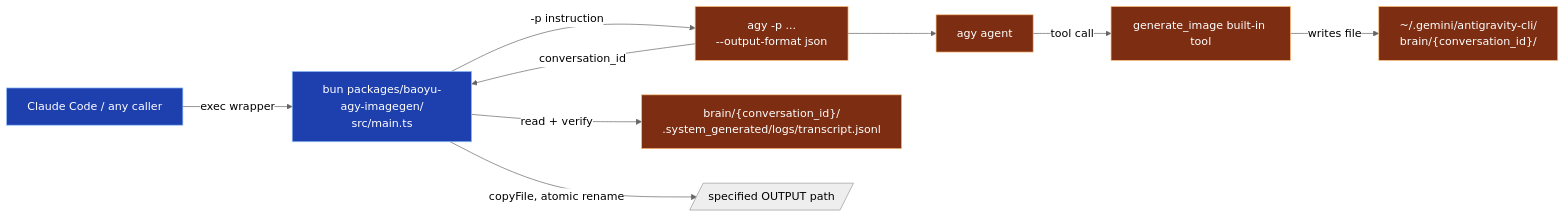
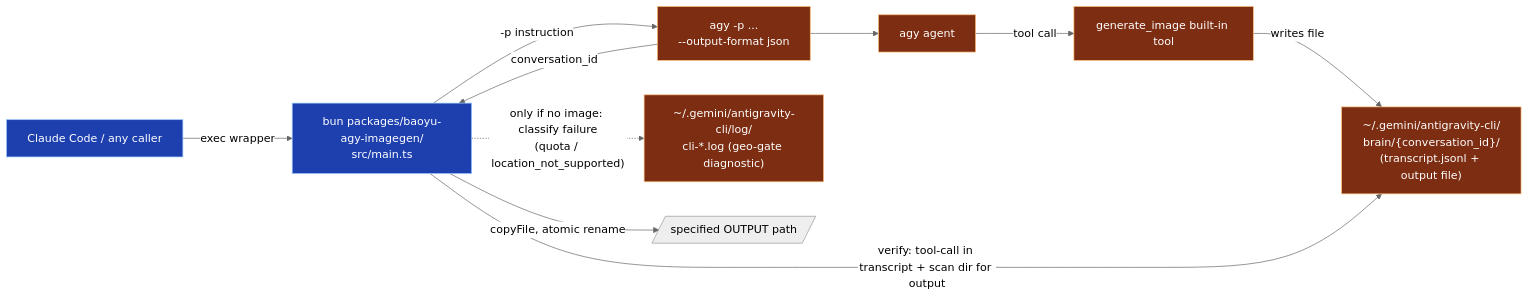
One commit to xasxcy/baoyu-skills changed the diagram in docs/agy-imagegen-backend.md. Above: the diagram before and after it, drawn with Mermaid (neutral theme). The commit also changed other lines of this file, not shown here.

First line of the commit message:
docs(baoyu-image-gen): document the egress geo gate and location_not_supported

````diff
--- a/docs/agy-imagegen-backend.md
+++ b/docs/agy-imagegen-backend.md
@@ -244,25 +261,26 @@
 ```mermaid
 flowchart LR
     CC[Claude Code / any caller]
     WRAPPER[bun packages/baoyu-agy-imagegen/<br/>src/main.ts]
     AGY["agy -p ...<br/>--output-format json"]
     AGENT[agy agent]
     TOOL[generate_image built-in tool]
-    DEFAULT["~/.gemini/antigravity-cli/<br/>brain/{conversation_id}/"]
-    TRANSCRIPT["brain/{conversation_id}/<br/>.system_generated/logs/transcript.jsonl"]
+    BRAIN["~/.gemini/antigravity-cli/<br/>brain/{conversation_id}/<br/>(transcript.jsonl + output file)"]
+    SRVLOG["~/.gemini/antigravity-cli/log/<br/>cli-*.log (geo-gate diagnostic)"]
     OUT[/specified OUTPUT path/]
 
     CC -->|exec wrapper| WRAPPER
     WRAPPER -->|-p instruction| AGY
     AGY --> AGENT
     AGENT -->|tool call| TOOL
-    TOOL -->|writes file| DEFAULT
+    TOOL -->|writes file| BRAIN
     AGY -->|conversation_id| WRAPPER
-    WRAPPER -->|read + verify| TRANSCRIPT
+    WRAPPER -->|"verify: tool-call in transcript + scan dir for output"| BRAIN
+    WRAPPER -.->|"only if no image: classify failure<br/>(quota / location_not_supported)"| SRVLOG
     WRAPPER -->|copyFile, atomic rename| OUT
 
     classDef cc fill:#1e40af,color:#fff,stroke:#93c5fd
     classDef agy fill:#7c2d12,color:#fff,stroke:#fdba74
     class CC,WRAPPER cc
-    class AGY,AGENT,TOOL,DEFAULT,TRANSCRIPT agy
+    class AGY,AGENT,TOOL,BRAIN,SRVLOG agy
 ```
````
